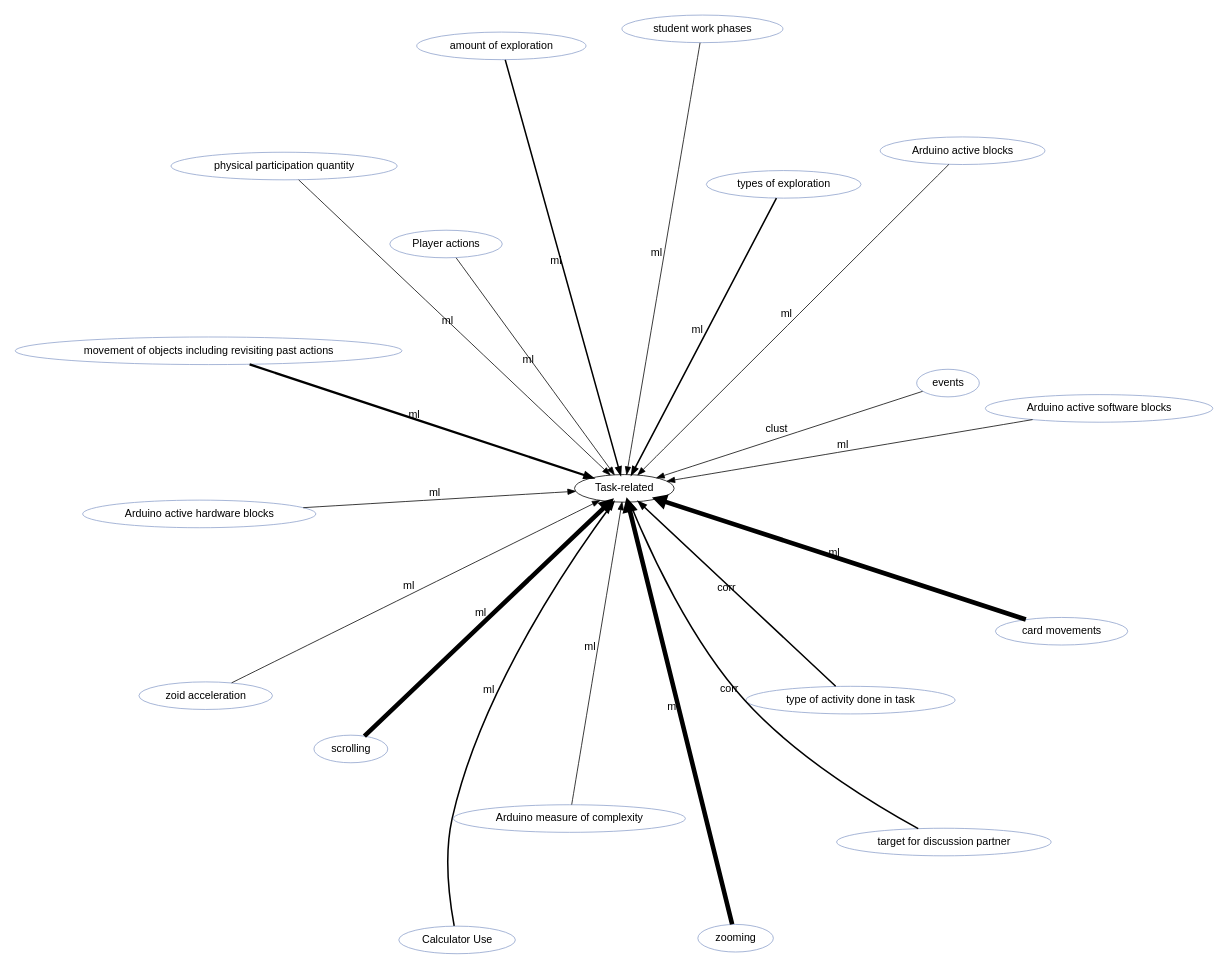
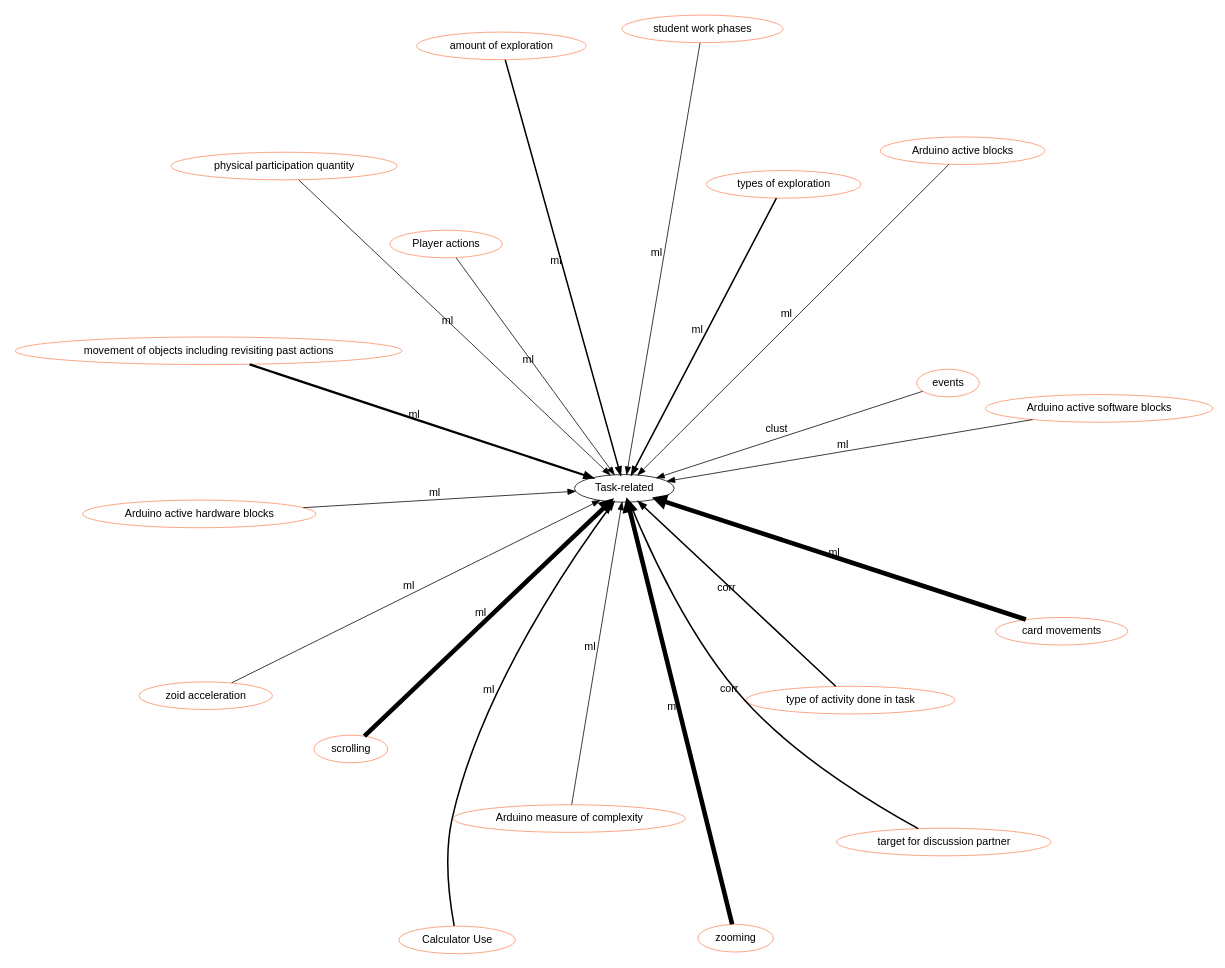
The diagram in graphviz/Task-related.gv (hgse-schneider/mmca), drawn with Graphviz before and after one commit. The commit also changed 115 other files, not shown here.

```diff
--- a/graphviz/Task-related.gv
+++ b/graphviz/Task-related.gv
@@ -6,46 +6,46 @@
         edge [fontname = "helvetica", colorscheme=set28];
 
 	"Task-related" [href="index.svg"];
-	"events" [href="https://scholar.google.com/scholar?hl=en&q=Analysing%20frequent%20sequential%20patterns%20of%20collaborative%20learning%20activity%20around%20an%20interactive%20tabletop" target="_blank" , color="3"];
-	"Calculator Use" [href="https://scholar.google.com/scholar?hl=en&q=Expertise%20estimation%20based%20on%20simple%20multimodal%20features" target="_blank" , color="3"];
-	"Calculator Use" [href="https://scholar.google.com/scholar?hl=en&q=Expertise%20estimation%20based%20on%20simple%20multimodal%20features" target="_blank" , color="3"];
-	"amount of exploration" [href="https://scholar.google.com/scholar?hl=en&q=Unraveling%20Students'%20Interaction%20around%20a%20Tangible%20Interface%20Using%20Multimodal%20Learning%20Analytics." target="_blank" , color="3"];
-	"types of exploration" [href="https://scholar.google.com/scholar?hl=en&q=Unraveling%20Students'%20Interaction%20around%20a%20Tangible%20Interface%20Using%20Multimodal%20Learning%20Analytics." target="_blank" , color="3"];
-	"amount of exploration" [href="https://scholar.google.com/scholar?hl=en&q=Unraveling%20Students'%20Interaction%20around%20a%20Tangible%20Interface%20Using%20Multimodal%20Learning%20Analytics." target="_blank" , color="3"];
-	"types of exploration" [href="https://scholar.google.com/scholar?hl=en&q=Unraveling%20Students'%20Interaction%20around%20a%20Tangible%20Interface%20Using%20Multimodal%20Learning%20Analytics." target="_blank" , color="3"];
-	"Player actions" [href="https://scholar.google.com/scholar?hl=en&q=Gaze%20quality%20assisted%20automatic%20recognition%20of%20social%20contexts%20in%20collaborative%20Tetris" target="_blank" , color="3"];
-	"zoid acceleration" [href="https://scholar.google.com/scholar?hl=en&q=Gaze%20quality%20assisted%20automatic%20recognition%20of%20social%20contexts%20in%20collaborative%20Tetris" target="_blank" , color="3"];
-	"card movements" [href="https://scholar.google.com/scholar?hl=en&q=High%20Accuracy%20Detection%20of%20Collaboration%20From%20Log%20Data%20and%20Superficial%20Speech%20Features" target="_blank" , color="3"];
-	"scrolling" [href="https://scholar.google.com/scholar?hl=en&q=High%20Accuracy%20Detection%20of%20Collaboration%20From%20Log%20Data%20and%20Superficial%20Speech%20Features" target="_blank" , color="3"];
-	"zooming" [href="https://scholar.google.com/scholar?hl=en&q=High%20Accuracy%20Detection%20of%20Collaboration%20From%20Log%20Data%20and%20Superficial%20Speech%20Features" target="_blank" , color="3"];
-	"card movements" [href="https://scholar.google.com/scholar?hl=en&q=High%20Accuracy%20Detection%20of%20Collaboration%20From%20Log%20Data%20and%20Superficial%20Speech%20Features" target="_blank" , color="3"];
-	"scrolling" [href="https://scholar.google.com/scholar?hl=en&q=High%20Accuracy%20Detection%20of%20Collaboration%20From%20Log%20Data%20and%20Superficial%20Speech%20Features" target="_blank" , color="3"];
-	"zooming" [href="https://scholar.google.com/scholar?hl=en&q=High%20Accuracy%20Detection%20of%20Collaboration%20From%20Log%20Data%20and%20Superficial%20Speech%20Features" target="_blank" , color="3"];
-	"Arduino measure of complexity" [href="https://scholar.google.com/scholar?hl=en&q=Supervised%20machine%20learning%20in%20multimodal%20learning%20analytics%20for%20estimating%20success%20in%20project-based%20learning" target="_blank" , color="3"];
-	"Arduino active hardware blocks" [href="https://scholar.google.com/scholar?hl=en&q=Supervised%20machine%20learning%20in%20multimodal%20learning%20analytics%20for%20estimating%20success%20in%20project-based%20learning" target="_blank" , color="3"];
-	"Arduino active software blocks" [href="https://scholar.google.com/scholar?hl=en&q=Supervised%20machine%20learning%20in%20multimodal%20learning%20analytics%20for%20estimating%20success%20in%20project-based%20learning" target="_blank" , color="3"];
-	"Arduino active blocks" [href="https://scholar.google.com/scholar?hl=en&q=Supervised%20machine%20learning%20in%20multimodal%20learning%20analytics%20for%20estimating%20success%20in%20project-based%20learning" target="_blank" , color="3"];
-	"student work phases" [href="https://scholar.google.com/scholar?hl=en&q=Supervised%20machine%20learning%20in%20multimodal%20learning%20analytics%20for%20estimating%20success%20in%20project-based%20learning" target="_blank" , color="3"];
-	"type of activity done in task" [href="https://scholar.google.com/scholar?hl=en&q=Focused%20or%20Stuck%20Together:%20Multimodal%20Patterns%20Reveal%20Triads’%20Performance%20in%20Collaborative%20Problem%20Solving" target="_blank" , color="3"];
-	"target for discussion partner" [href="https://scholar.google.com/scholar?hl=en&q=Focused%20or%20Stuck%20Together:%20Multimodal%20Patterns%20Reveal%20Triads’%20Performance%20in%20Collaborative%20Problem%20Solving" target="_blank" , color="3"];
-	"type of activity done in task" [href="https://scholar.google.com/scholar?hl=en&q=Focused%20or%20Stuck%20Together:%20Multimodal%20Patterns%20Reveal%20Triads’%20Performance%20in%20Collaborative%20Problem%20Solving" target="_blank" , color="3"];
-	"target for discussion partner" [href="https://scholar.google.com/scholar?hl=en&q=Focused%20or%20Stuck%20Together:%20Multimodal%20Patterns%20Reveal%20Triads’%20Performance%20in%20Collaborative%20Problem%20Solving" target="_blank" , color="3"];
-	"physical participation quantity" [href="https://scholar.google.com/scholar?hl=en&q=Modelling%20and%20Identifying%20Collaborative%20Situations%20in%20a%20Collocated%20Multi-display%20Groupware%20Setting" target="_blank" , color="3"];
-	"movement of objects including revisiting past actions" [href="https://scholar.google.com/scholar?hl=en&q=Using%20the%20Tablet%20Gestures%20and%20Speech%20of%20Pairs%20of%20Students%20to%20Classify%20Their%20Collaboration" target="_blank" , color="3"];
-	"card movements" [href="https://scholar.google.com/scholar?hl=en&q=High%20Accuracy%20Detection%20of%20Collaboration%20From%20Log%20Data%20and%20Superficial%20Speech%20Features" target="_blank" , color="3"];
-	"card movements" [href="https://scholar.google.com/scholar?hl=en&q=High%20Accuracy%20Detection%20of%20Collaboration%20From%20Log%20Data%20and%20Superficial%20Speech%20Features" target="_blank" , color="3"];
-	"scrolling" [href="https://scholar.google.com/scholar?hl=en&q=High%20Accuracy%20Detection%20of%20Collaboration%20From%20Log%20Data%20and%20Superficial%20Speech%20Features" target="_blank" , color="3"];
-	"scrolling" [href="https://scholar.google.com/scholar?hl=en&q=High%20Accuracy%20Detection%20of%20Collaboration%20From%20Log%20Data%20and%20Superficial%20Speech%20Features" target="_blank" , color="3"];
-	"zooming" [href="https://scholar.google.com/scholar?hl=en&q=High%20Accuracy%20Detection%20of%20Collaboration%20From%20Log%20Data%20and%20Superficial%20Speech%20Features" target="_blank" , color="3"];
-	"zooming" [href="https://scholar.google.com/scholar?hl=en&q=High%20Accuracy%20Detection%20of%20Collaboration%20From%20Log%20Data%20and%20Superficial%20Speech%20Features" target="_blank" , color="3"];
-	"card movements" [href="https://scholar.google.com/scholar?hl=en&q=High%20Accuracy%20Detection%20of%20Collaboration%20From%20Log%20Data%20and%20Superficial%20Speech%20Features" target="_blank" , color="3"];
-	"card movements" [href="https://scholar.google.com/scholar?hl=en&q=High%20Accuracy%20Detection%20of%20Collaboration%20From%20Log%20Data%20and%20Superficial%20Speech%20Features" target="_blank" , color="3"];
-	"scrolling" [href="https://scholar.google.com/scholar?hl=en&q=High%20Accuracy%20Detection%20of%20Collaboration%20From%20Log%20Data%20and%20Superficial%20Speech%20Features" target="_blank" , color="3"];
-	"scrolling" [href="https://scholar.google.com/scholar?hl=en&q=High%20Accuracy%20Detection%20of%20Collaboration%20From%20Log%20Data%20and%20Superficial%20Speech%20Features" target="_blank" , color="3"];
-	"zooming" [href="https://scholar.google.com/scholar?hl=en&q=High%20Accuracy%20Detection%20of%20Collaboration%20From%20Log%20Data%20and%20Superficial%20Speech%20Features" target="_blank" , color="3"];
-	"zooming" [href="https://scholar.google.com/scholar?hl=en&q=High%20Accuracy%20Detection%20of%20Collaboration%20From%20Log%20Data%20and%20Superficial%20Speech%20Features" target="_blank" , color="3"];
-	"movement of objects including revisiting past actions" [href="https://scholar.google.com/scholar?hl=en&q=Using%20the%20Tablet%20Gestures%20and%20Speech%20of%20Pairs%20of%20Students%20to%20Classify%20Their%20Collaboration" target="_blank" , color="3"];
-	"movement of objects including revisiting past actions" [href="https://scholar.google.com/scholar?hl=en&q=Using%20the%20Tablet%20Gestures%20and%20Speech%20of%20Pairs%20of%20Students%20to%20Classify%20Their%20Collaboration" target="_blank" , color="3"];
+	"events" [href="https://scholar.google.com/scholar?hl=en&q=Analysing%20frequent%20sequential%20patterns%20of%20collaborative%20learning%20activity%20around%20an%20interactive%20tabletop" target="_blank" , color="2"];
+	"Calculator Use" [href="https://scholar.google.com/scholar?hl=en&q=Expertise%20estimation%20based%20on%20simple%20multimodal%20features" target="_blank" , color="2"];
+	"Calculator Use" [href="https://scholar.google.com/scholar?hl=en&q=Expertise%20estimation%20based%20on%20simple%20multimodal%20features" target="_blank" , color="2"];
+	"amount of exploration" [href="https://scholar.google.com/scholar?hl=en&q=Unraveling%20Students'%20Interaction%20around%20a%20Tangible%20Interface%20Using%20Multimodal%20Learning%20Analytics." target="_blank" , color="2"];
+	"types of exploration" [href="https://scholar.google.com/scholar?hl=en&q=Unraveling%20Students'%20Interaction%20around%20a%20Tangible%20Interface%20Using%20Multimodal%20Learning%20Analytics." target="_blank" , color="2"];
+	"amount of exploration" [href="https://scholar.google.com/scholar?hl=en&q=Unraveling%20Students'%20Interaction%20around%20a%20Tangible%20Interface%20Using%20Multimodal%20Learning%20Analytics." target="_blank" , color="2"];
+	"types of exploration" [href="https://scholar.google.com/scholar?hl=en&q=Unraveling%20Students'%20Interaction%20around%20a%20Tangible%20Interface%20Using%20Multimodal%20Learning%20Analytics." target="_blank" , color="2"];
+	"Player actions" [href="https://scholar.google.com/scholar?hl=en&q=Gaze%20quality%20assisted%20automatic%20recognition%20of%20social%20contexts%20in%20collaborative%20Tetris" target="_blank" , color="2"];
+	"zoid acceleration" [href="https://scholar.google.com/scholar?hl=en&q=Gaze%20quality%20assisted%20automatic%20recognition%20of%20social%20contexts%20in%20collaborative%20Tetris" target="_blank" , color="2"];
+	"card movements" [href="https://scholar.google.com/scholar?hl=en&q=High%20Accuracy%20Detection%20of%20Collaboration%20From%20Log%20Data%20and%20Superficial%20Speech%20Features" target="_blank" , color="2"];
+	"scrolling" [href="https://scholar.google.com/scholar?hl=en&q=High%20Accuracy%20Detection%20of%20Collaboration%20From%20Log%20Data%20and%20Superficial%20Speech%20Features" target="_blank" , color="2"];
+	"zooming" [href="https://scholar.google.com/scholar?hl=en&q=High%20Accuracy%20Detection%20of%20Collaboration%20From%20Log%20Data%20and%20Superficial%20Speech%20Features" target="_blank" , color="2"];
+	"card movements" [href="https://scholar.google.com/scholar?hl=en&q=High%20Accuracy%20Detection%20of%20Collaboration%20From%20Log%20Data%20and%20Superficial%20Speech%20Features" target="_blank" , color="2"];
+	"scrolling" [href="https://scholar.google.com/scholar?hl=en&q=High%20Accuracy%20Detection%20of%20Collaboration%20From%20Log%20Data%20and%20Superficial%20Speech%20Features" target="_blank" , color="2"];
+	"zooming" [href="https://scholar.google.com/scholar?hl=en&q=High%20Accuracy%20Detection%20of%20Collaboration%20From%20Log%20Data%20and%20Superficial%20Speech%20Features" target="_blank" , color="2"];
+	"Arduino measure of complexity" [href="https://scholar.google.com/scholar?hl=en&q=Supervised%20machine%20learning%20in%20multimodal%20learning%20analytics%20for%20estimating%20success%20in%20project-based%20learning" target="_blank" , color="2"];
+	"Arduino active hardware blocks" [href="https://scholar.google.com/scholar?hl=en&q=Supervised%20machine%20learning%20in%20multimodal%20learning%20analytics%20for%20estimating%20success%20in%20project-based%20learning" target="_blank" , color="2"];
+	"Arduino active software blocks" [href="https://scholar.google.com/scholar?hl=en&q=Supervised%20machine%20learning%20in%20multimodal%20learning%20analytics%20for%20estimating%20success%20in%20project-based%20learning" target="_blank" , color="2"];
+	"Arduino active blocks" [href="https://scholar.google.com/scholar?hl=en&q=Supervised%20machine%20learning%20in%20multimodal%20learning%20analytics%20for%20estimating%20success%20in%20project-based%20learning" target="_blank" , color="2"];
+	"student work phases" [href="https://scholar.google.com/scholar?hl=en&q=Supervised%20machine%20learning%20in%20multimodal%20learning%20analytics%20for%20estimating%20success%20in%20project-based%20learning" target="_blank" , color="2"];
+	"type of activity done in task" [href="https://scholar.google.com/scholar?hl=en&q=Focused%20or%20Stuck%20Together:%20Multimodal%20Patterns%20Reveal%20Triads’%20Performance%20in%20Collaborative%20Problem%20Solving" target="_blank" , color="2"];
+	"target for discussion partner" [href="https://scholar.google.com/scholar?hl=en&q=Focused%20or%20Stuck%20Together:%20Multimodal%20Patterns%20Reveal%20Triads’%20Performance%20in%20Collaborative%20Problem%20Solving" target="_blank" , color="2"];
+	"type of activity done in task" [href="https://scholar.google.com/scholar?hl=en&q=Focused%20or%20Stuck%20Together:%20Multimodal%20Patterns%20Reveal%20Triads’%20Performance%20in%20Collaborative%20Problem%20Solving" target="_blank" , color="2"];
+	"target for discussion partner" [href="https://scholar.google.com/scholar?hl=en&q=Focused%20or%20Stuck%20Together:%20Multimodal%20Patterns%20Reveal%20Triads’%20Performance%20in%20Collaborative%20Problem%20Solving" target="_blank" , color="2"];
+	"physical participation quantity" [href="https://scholar.google.com/scholar?hl=en&q=Modelling%20and%20Identifying%20Collaborative%20Situations%20in%20a%20Collocated%20Multi-display%20Groupware%20Setting" target="_blank" , color="2"];
+	"movement of objects including revisiting past actions" [href="https://scholar.google.com/scholar?hl=en&q=Using%20the%20Tablet%20Gestures%20and%20Speech%20of%20Pairs%20of%20Students%20to%20Classify%20Their%20Collaboration" target="_blank" , color="2"];
+	"card movements" [href="https://scholar.google.com/scholar?hl=en&q=High%20Accuracy%20Detection%20of%20Collaboration%20From%20Log%20Data%20and%20Superficial%20Speech%20Features" target="_blank" , color="2"];
+	"card movements" [href="https://scholar.google.com/scholar?hl=en&q=High%20Accuracy%20Detection%20of%20Collaboration%20From%20Log%20Data%20and%20Superficial%20Speech%20Features" target="_blank" , color="2"];
+	"scrolling" [href="https://scholar.google.com/scholar?hl=en&q=High%20Accuracy%20Detection%20of%20Collaboration%20From%20Log%20Data%20and%20Superficial%20Speech%20Features" target="_blank" , color="2"];
+	"scrolling" [href="https://scholar.google.com/scholar?hl=en&q=High%20Accuracy%20Detection%20of%20Collaboration%20From%20Log%20Data%20and%20Superficial%20Speech%20Features" target="_blank" , color="2"];
+	"zooming" [href="https://scholar.google.com/scholar?hl=en&q=High%20Accuracy%20Detection%20of%20Collaboration%20From%20Log%20Data%20and%20Superficial%20Speech%20Features" target="_blank" , color="2"];
+	"zooming" [href="https://scholar.google.com/scholar?hl=en&q=High%20Accuracy%20Detection%20of%20Collaboration%20From%20Log%20Data%20and%20Superficial%20Speech%20Features" target="_blank" , color="2"];
+	"card movements" [href="https://scholar.google.com/scholar?hl=en&q=High%20Accuracy%20Detection%20of%20Collaboration%20From%20Log%20Data%20and%20Superficial%20Speech%20Features" target="_blank" , color="2"];
+	"card movements" [href="https://scholar.google.com/scholar?hl=en&q=High%20Accuracy%20Detection%20of%20Collaboration%20From%20Log%20Data%20and%20Superficial%20Speech%20Features" target="_blank" , color="2"];
+	"scrolling" [href="https://scholar.google.com/scholar?hl=en&q=High%20Accuracy%20Detection%20of%20Collaboration%20From%20Log%20Data%20and%20Superficial%20Speech%20Features" target="_blank" , color="2"];
+	"scrolling" [href="https://scholar.google.com/scholar?hl=en&q=High%20Accuracy%20Detection%20of%20Collaboration%20From%20Log%20Data%20and%20Superficial%20Speech%20Features" target="_blank" , color="2"];
+	"zooming" [href="https://scholar.google.com/scholar?hl=en&q=High%20Accuracy%20Detection%20of%20Collaboration%20From%20Log%20Data%20and%20Superficial%20Speech%20Features" target="_blank" , color="2"];
+	"zooming" [href="https://scholar.google.com/scholar?hl=en&q=High%20Accuracy%20Detection%20of%20Collaboration%20From%20Log%20Data%20and%20Superficial%20Speech%20Features" target="_blank" , color="2"];
+	"movement of objects including revisiting past actions" [href="https://scholar.google.com/scholar?hl=en&q=Using%20the%20Tablet%20Gestures%20and%20Speech%20of%20Pairs%20of%20Students%20to%20Classify%20Their%20Collaboration" target="_blank" , color="2"];
+	"movement of objects including revisiting past actions" [href="https://scholar.google.com/scholar?hl=en&q=Using%20the%20Tablet%20Gestures%20and%20Speech%20of%20Pairs%20of%20Students%20to%20Classify%20Their%20Collaboration" target="_blank" , color="2"];
 	"events" -> "Task-related" [label="clust", labeltooltip=1, style="solid", penwidth=1];
 	"Calculator Use" -> "Task-related" [label="ml", labeltooltip=2, style="solid", penwidth=2];
 	"amount of exploration" -> "Task-related" [label="ml", labeltooltip=2, style="solid", penwidth=2];
```
